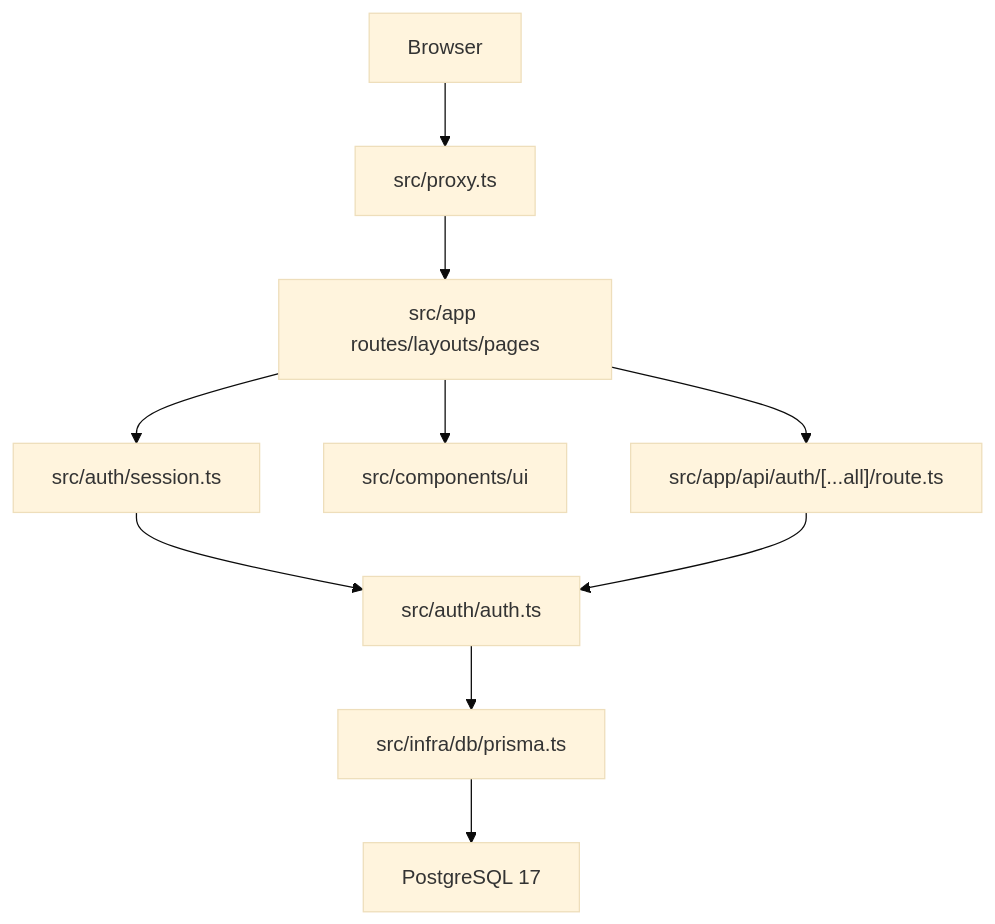
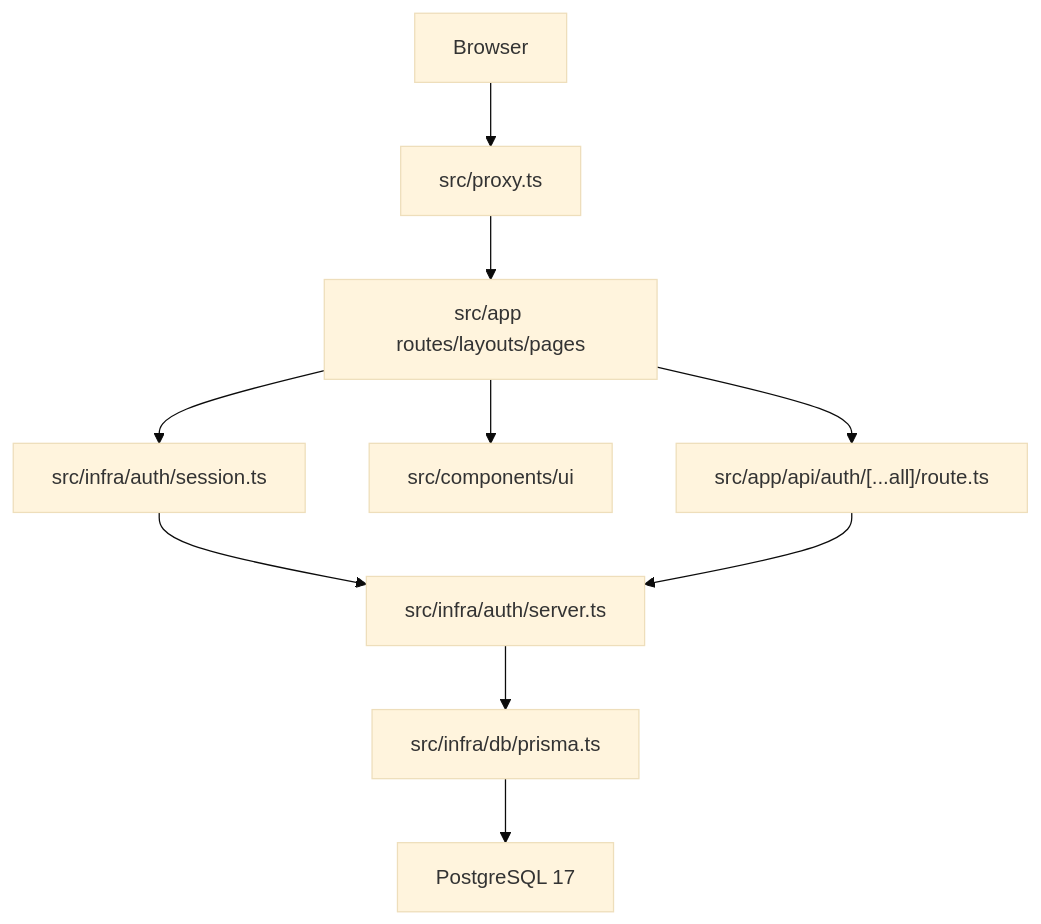
The first of 3 diagrams in .specs/codebase/ARCHITECTURE.md (dpnunez/enade-simulados), drawn with Mermaid (base theme) before and after one commit. The commit also changed other lines of this file and 16 other files, not shown here.

````diff
--- a/.specs/codebase/ARCHITECTURE.md
+++ b/.specs/codebase/ARCHITECTURE.md
@@ -9,12 +9,12 @@
 ```mermaid
 flowchart TD
     Browser --> Proxy["src/proxy.ts"]
     Proxy --> AppRouter["src/app routes/layouts/pages"]
-    AppRouter --> Session["src/auth/session.ts"]
-    Session --> BetterAuth["src/auth/auth.ts"]
+    AppRouter --> Session["src/infra/auth/session.ts"]
+    Session --> BetterAuth["src/infra/auth/server.ts"]
     BetterAuth --> Prisma["src/infra/db/prisma.ts"]
     Prisma --> Postgres["PostgreSQL 17"]
     AppRouter --> UI["src/components/ui"]
     AppRouter --> AuthRoute["src/app/api/auth/[...all]/route.ts"]
     AuthRoute --> BetterAuth
 ```
````
